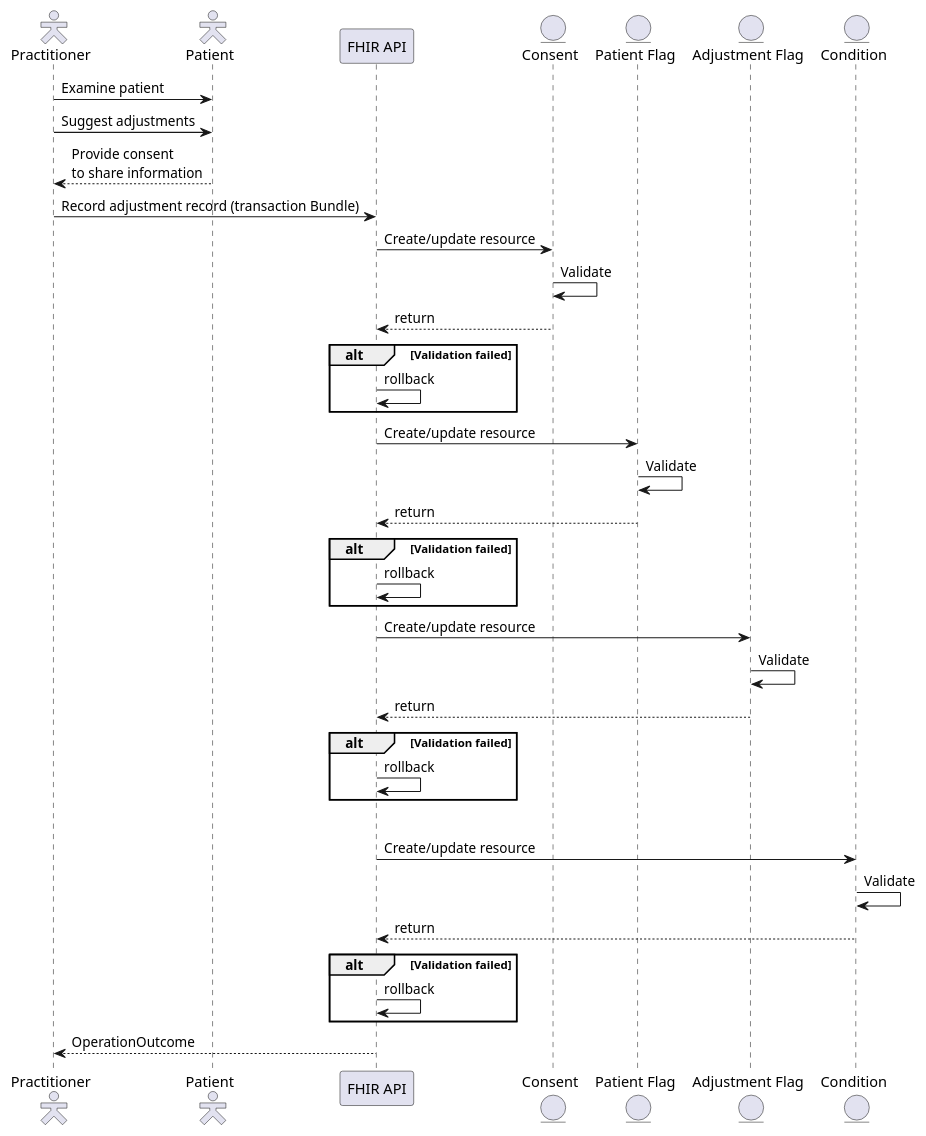
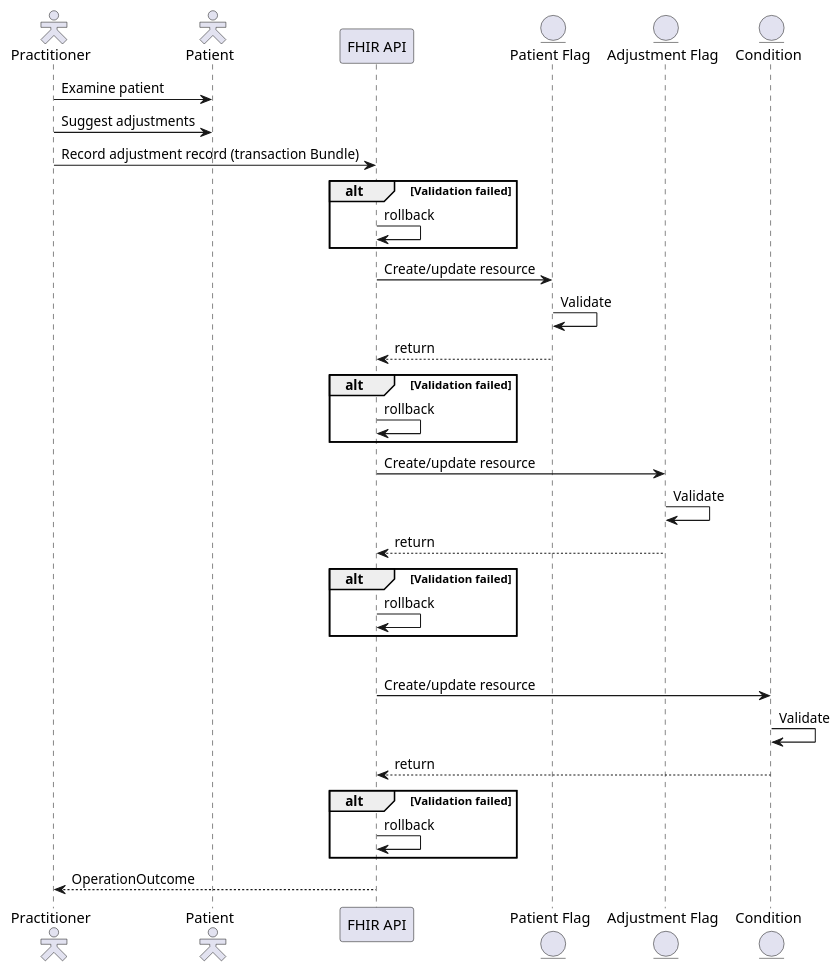
One commit to NHSDigital/IOPS-FHIR-Simplifier-Backup changed the second of 2 diagrams in NHSEnglandProgrammeImplementationGuides/backup/guides/RA-API/Home/Use-Cases/Add-Reasonable-Adjustment-Record.page.md. Above: the diagram before and after it, drawn with PlantUML. The commit also changed other lines of this file and 118 other files, not shown here.

```diff
--- a/NHSEnglandProgrammeImplementationGuides/backup/guides/RA-API/Home/Use-Cases/Add-Reasonable-Adjustment-Record.page.md
+++ b/NHSEnglandProgrammeImplementationGuides/backup/guides/RA-API/Home/Use-Cases/Add-Reasonable-Adjustment-Record.page.md
@@ -45,49 +45,43 @@
 @startuml
 
 skinparam actorStyle hollow
 
 actor        "Practitioner"     as pra
 actor        "Patient"          as pat
 participant  "FHIR API"         as api
-entity       "Consent"          as con
 entity       "Patient Flag"     as flg
 entity       "Adjustment Flag"  as adj
 entity       "Condition"        as cod
 
 pra ->  pat : Examine patient
 pra ->  pat : Suggest adjustments
-pra <-- pat : Provide consent\nto share information
-
 pra ->  api : Record adjustment record (transaction Bundle)
 
-api ->  con : Create/update resource
-con ->  con : Validate
-api <-- con : return
 alt Validation failed
   api -> api : rollback
 end
 
 api ->  flg : Create/update resource
 flg ->  flg : Validate
 api <-- flg : return
 alt Validation failed
   api -> api : rollback
 end
 
 api ->  adj : Create/update resource
 adj ->  adj : Validate
 api <-- adj : return
 alt Validation failed
   api -> api : rollback
 end
 
 alt Condition also to be recorded
 api ->  cod : Create/update resource
 cod ->  cod : Validate
 api <-- cod : return
 alt Validation failed
   api -> api : rollback
 end
 pra <-- api : OperationOutcome
 
 @enduml
```
